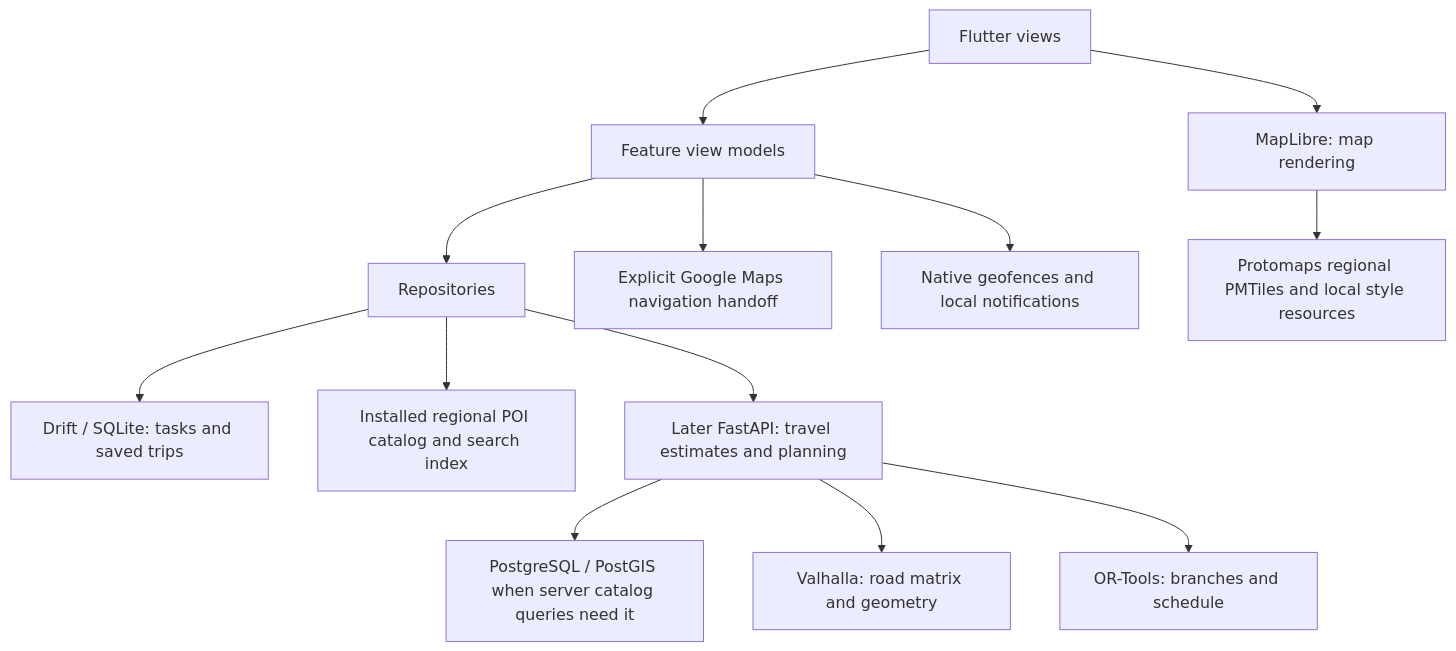
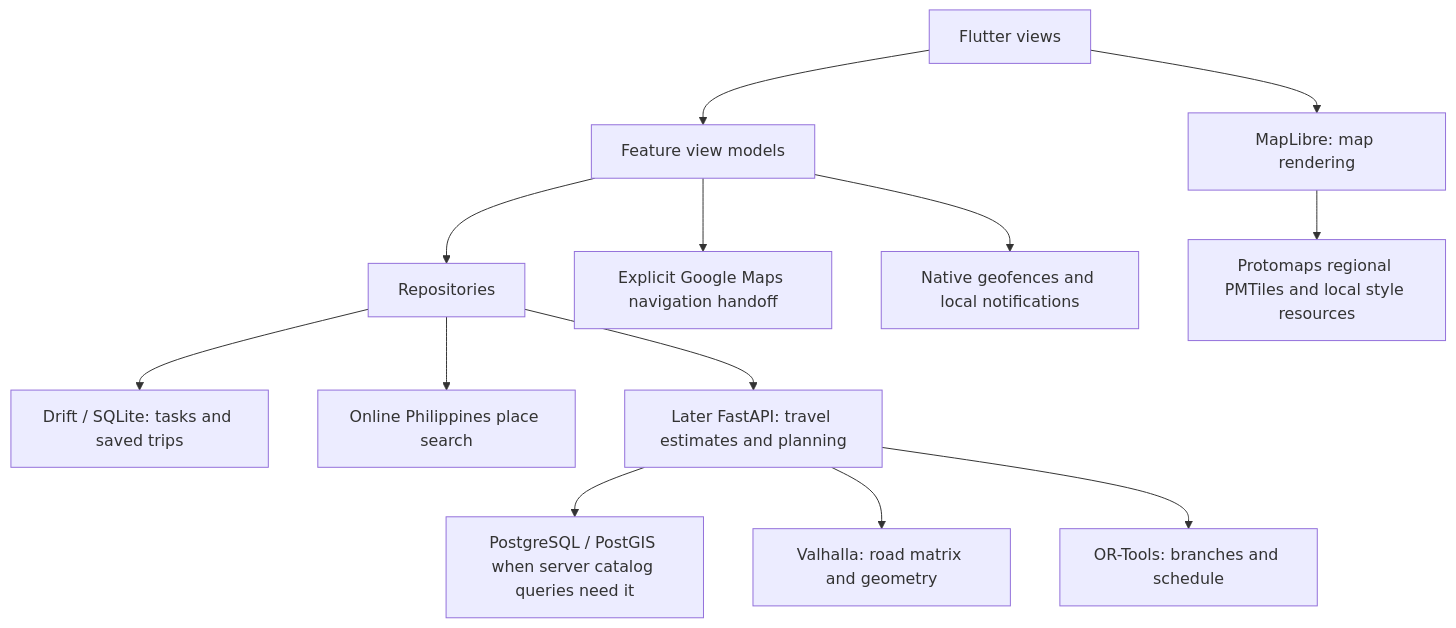
Before and after one commit to pu-roi/Wayday: the diagram in docs/wayday/ARCHITECTURE.md, drawn with Mermaid. The commit also changed other lines of this file and 20 other files, not shown here.

````diff
--- a/docs/wayday/ARCHITECTURE.md
+++ b/docs/wayday/ARCHITECTURE.md
@@ -7,15 +7,15 @@
 ```mermaid
 flowchart TD
     UI[Flutter views] --> VM[Feature view models]
     VM --> REPO[Repositories]
     REPO --> LOCAL[Drift / SQLite: tasks and saved trips]
-    REPO --> CATALOG[Installed regional POI catalog and search index]
+    REPO --> SEARCH[Online Philippines place search]
     REPO --> API[Later FastAPI: travel estimates and planning]
     API --> POI[PostgreSQL / PostGIS when server catalog queries need it]
     API --> ROAD[Valhalla: road matrix and geometry]
     API --> SOLVER[OR-Tools: branches and schedule]
     UI --> MAP[MapLibre: map rendering]
     MAP --> TILES[Protomaps regional PMTiles and local style resources]
     VM --> NAV[Explicit Google Maps navigation handoff]
     VM --> REMINDERS[Native geofences and local notifications]
 ```
````
